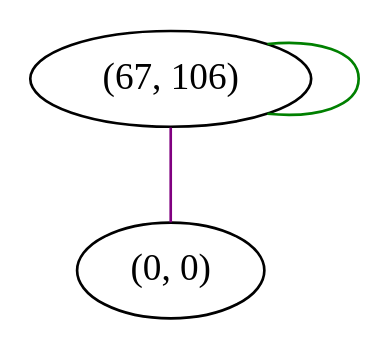
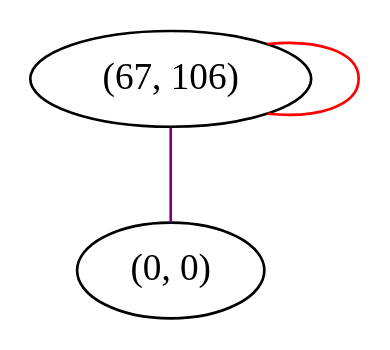
One commit to FelixMcFelix/sip-for-cv-paper changed the diagram in graphviz/dejavu-sans/O-up.gv. Above: the diagram before and after it, drawn with Graphviz. The commit also changed 121 other files, not shown here.

First line of the commit message:
[MakeGraph] Better Graph Generation

```diff
--- a/graphviz/dejavu-sans/O-up.gv
+++ b/graphviz/dejavu-sans/O-up.gv
@@ -1,6 +1,6 @@
 graph "" {
 "(67, 106)";
 "(0, 0)";
-"(67, 106)" -- "(67, 106)"  [color=green, key=0, weight=2];
+"(67, 106)" -- "(67, 106)"  [color=red, key=0, weight=1];
 "(67, 106)" -- "(0, 0)"  [color=purple, key=0, weight=4];
 }
```
